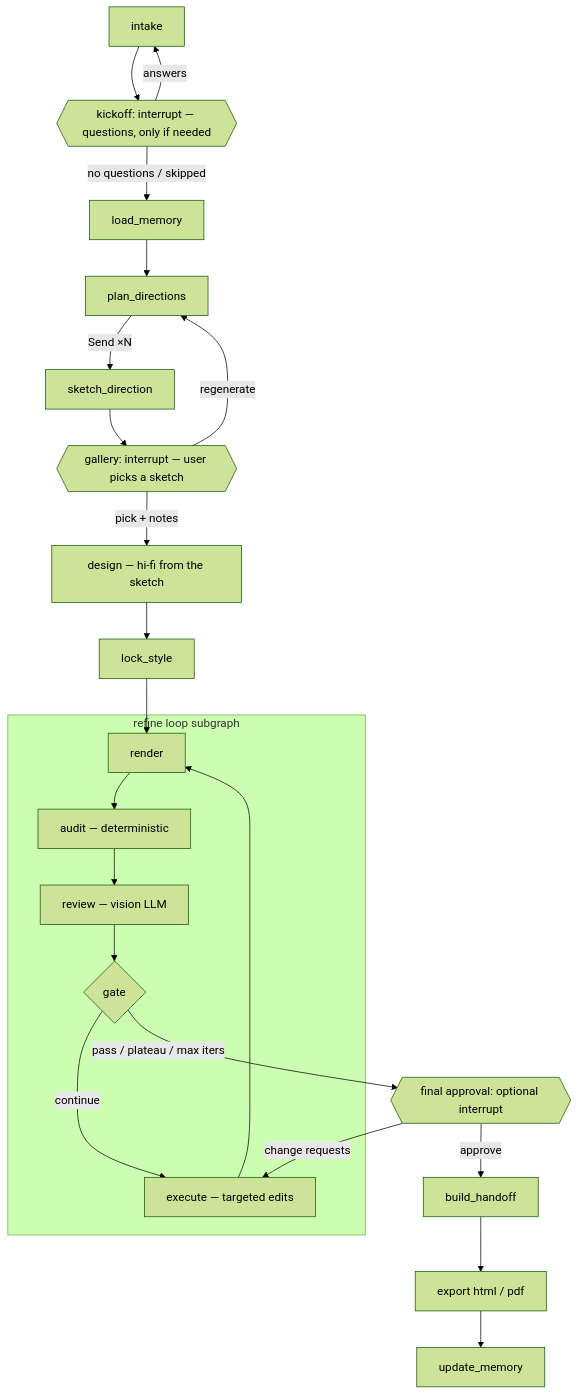
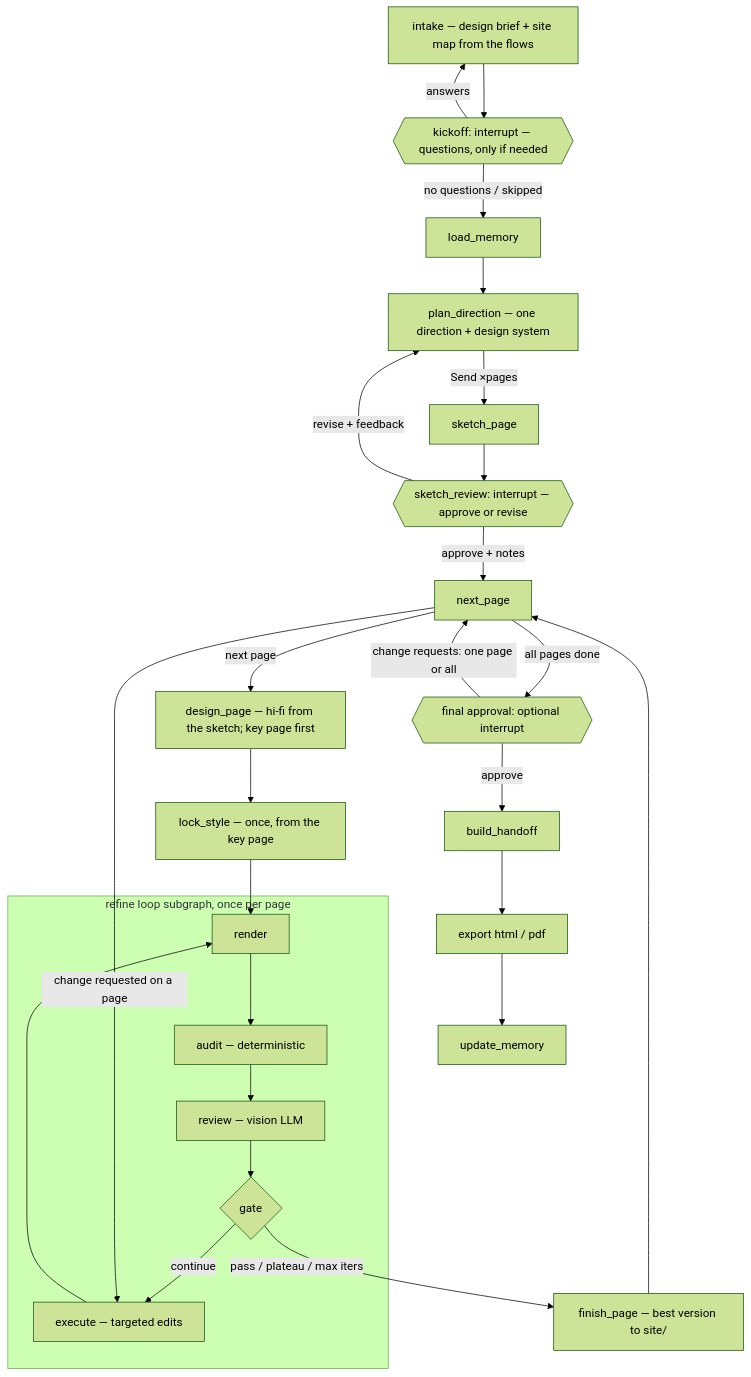
Before and after one commit to Andy2887/ui-agent: the diagram in plan.md, drawn with Mermaid (forest theme). The commit also changed other lines of this file and 57 other files, not shown here.

First line of the commit message:
Design a multi-page site from user flows, with one direction and a sketch per page

````diff
--- a/plan.md
+++ b/plan.md
@@ -50,27 +51,31 @@
 ```mermaid
 flowchart TD
-    A[intake] --> Q{{kickoff: interrupt — questions, only if needed}}
+    A[intake — design brief + site map from the flows] --> Q{{kickoff: interrupt — questions, only if needed}}
     Q -->|answers| A
     Q -->|no questions / skipped| B[load_memory]
-    B --> C[plan_directions]
-    C -->|Send ×N| D[sketch_direction]
-    D --> F{{gallery: interrupt — user picks a sketch}}
-    F -->|regenerate| C
-    F -->|pick + notes| G[design — hi-fi from the sketch]
-    G --> S[lock_style]
+    B --> C[plan_direction — one direction + design system]
+    C -->|Send ×pages| D[sketch_page]
+    D --> F{{sketch_review: interrupt — approve or revise}}
+    F -->|revise + feedback| C
+    F -->|approve + notes| NP[next_page]
+    NP -->|next page| G[design_page — hi-fi from the sketch; key page first]
+    G --> S[lock_style — once, from the key page]
     S --> H
 
-    subgraph R[refine loop subgraph]
+    subgraph R[refine loop subgraph, once per page]
         H[render] --> I[audit — deterministic]
         I --> J[review — vision LLM]
         J --> K{gate}
         K -->|continue| L[execute — targeted edits]
         L --> H
     end
 
-    K -->|pass / plateau / max iters| M{{final approval: optional interrupt}}
-    M -->|change requests| L
+    K -->|pass / plateau / max iters| FP[finish_page — best version to site/]
+    FP --> NP
+    NP -->|change requested on a page| L
+    NP -->|all pages done| M{{final approval: optional interrupt}}
+    M -->|change requests: one page or all| NP
     M -->|approve| N[build_handoff]
     N --> O[export html / pdf]
     O --> P[update_memory]
 ```
````
